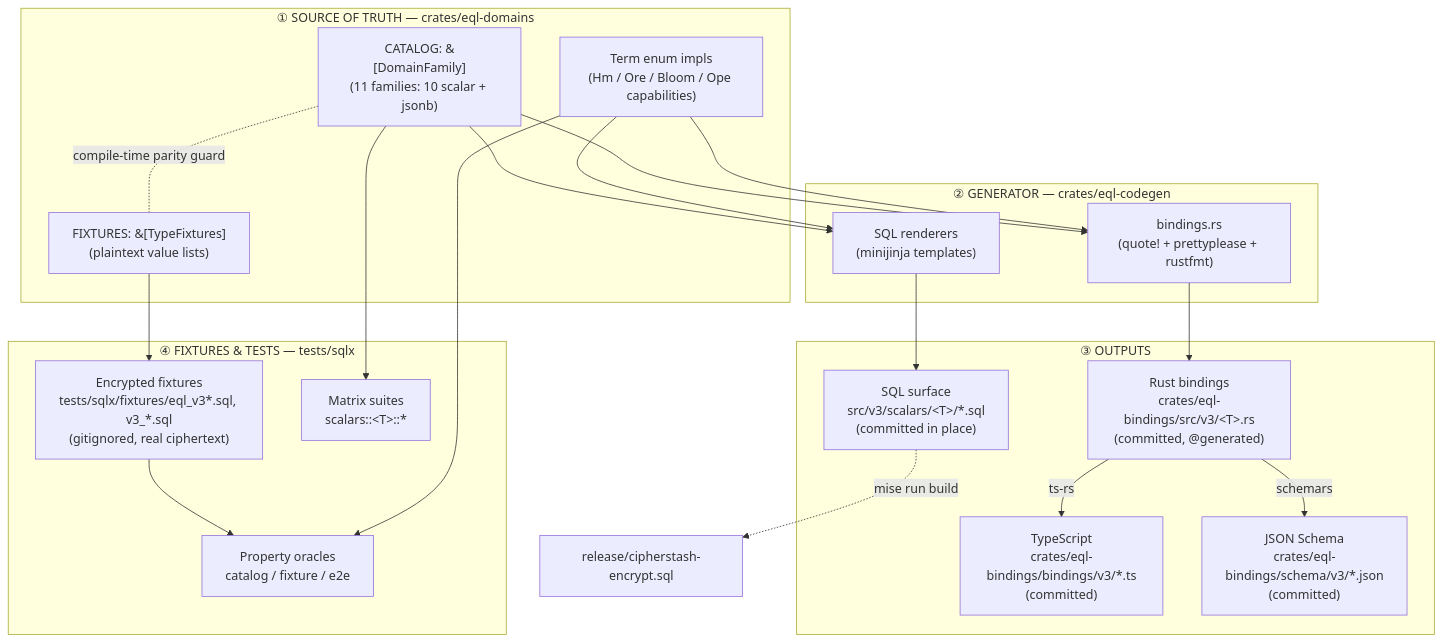
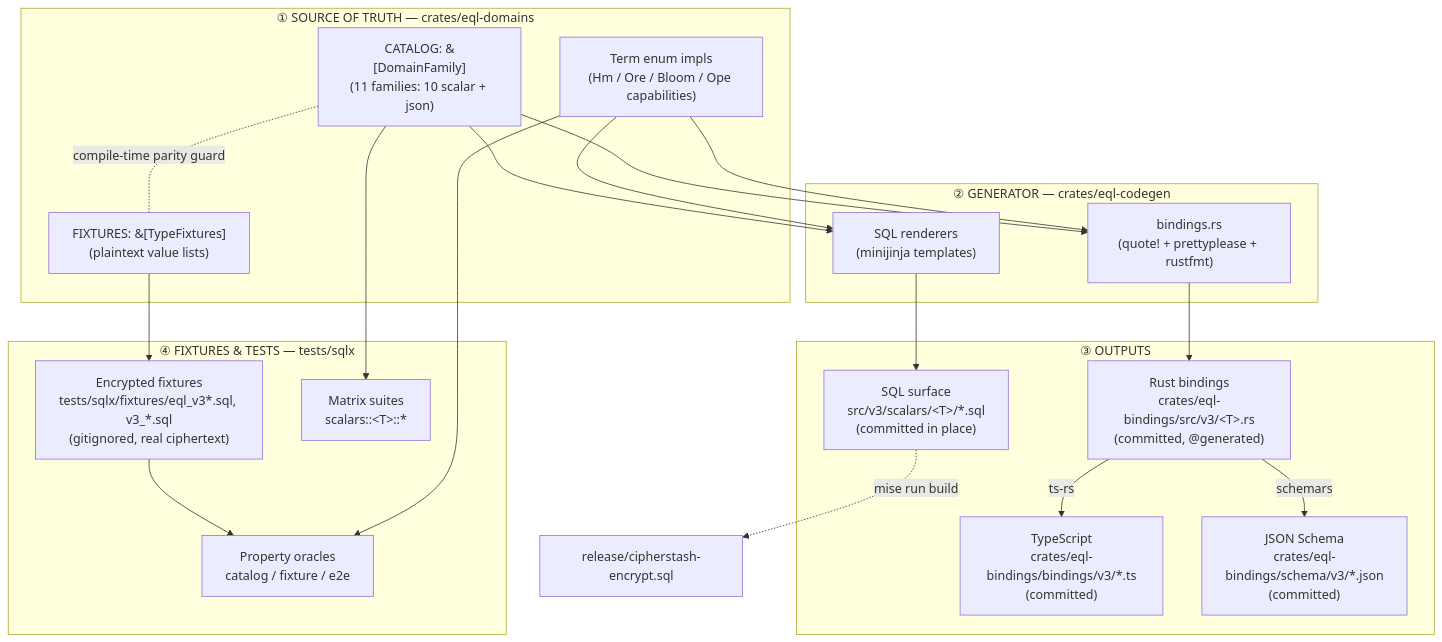
One commit to cipherstash/encrypt-query-language changed the first of 15 diagrams in docs/reference/catalog-driven-architecture.md. Above: the diagram before and after it, drawn with Mermaid. The commit also changed other lines of this file and 15 other files, not shown here.

````diff
--- a/docs/reference/catalog-driven-architecture.md
+++ b/docs/reference/catalog-driven-architecture.md
@@ -16,40 +16,40 @@
 ```mermaid
 flowchart TD
     subgraph SOT["① SOURCE OF TRUTH — crates/eql-domains"]
-        CAT["CATALOG: &[DomainFamily]<br/>(11 families: 10 scalar + jsonb)"]
+        CAT["CATALOG: &[DomainFamily]<br/>(11 families: 10 scalar + json)"]
         FIX["FIXTURES: &[TypeFixtures]<br/>(plaintext value lists)"]
         TERM["Term enum impls<br/>(Hm / Ore / Bloom / Ope capabilities)"]
         CAT -.compile-time parity guard.- FIX
     end
 
     subgraph GEN["② GENERATOR — crates/eql-codegen"]
         SQLR["SQL renderers<br/>(minijinja templates)"]
         BIND["bindings.rs<br/>(quote! + prettyplease + rustfmt)"]
     end
 
     subgraph OUT["③ OUTPUTS"]
         SQL["SQL surface<br/>src/v3/scalars/&lt;T&gt;/*.sql<br/>(committed in place)"]
         RS["Rust bindings<br/>crates/eql-bindings/src/v3/&lt;T&gt;.rs<br/>(committed, @generated)"]
         TS["TypeScript<br/>crates/eql-bindings/bindings/v3/*.ts<br/>(committed)"]
         JS["JSON Schema<br/>crates/eql-bindings/schema/v3/*.json<br/>(committed)"]
     end
 
     subgraph TEST["④ FIXTURES & TESTS — tests/sqlx"]
         FXSQL["Encrypted fixtures<br/>tests/sqlx/fixtures/eql_v3*.sql, v3_*.sql<br/>(gitignored, real ciphertext)"]
         MATRIX["Matrix suites<br/>scalars::&lt;T&gt;::*"]
         PROP["Property oracles<br/>catalog / fixture / e2e"]
     end
 
     CAT --> SQLR --> SQL
     CAT --> BIND --> RS
     TERM --> SQLR
     TERM --> BIND
     RS -->|ts-rs| TS
     RS -->|schemars| JS
     FIX --> FXSQL
     CAT --> MATRIX
     FXSQL --> PROP
     TERM --> PROP
 
     SQL -.->|mise run build| INSTALLER["release/cipherstash-encrypt.sql"]
 ```
````
